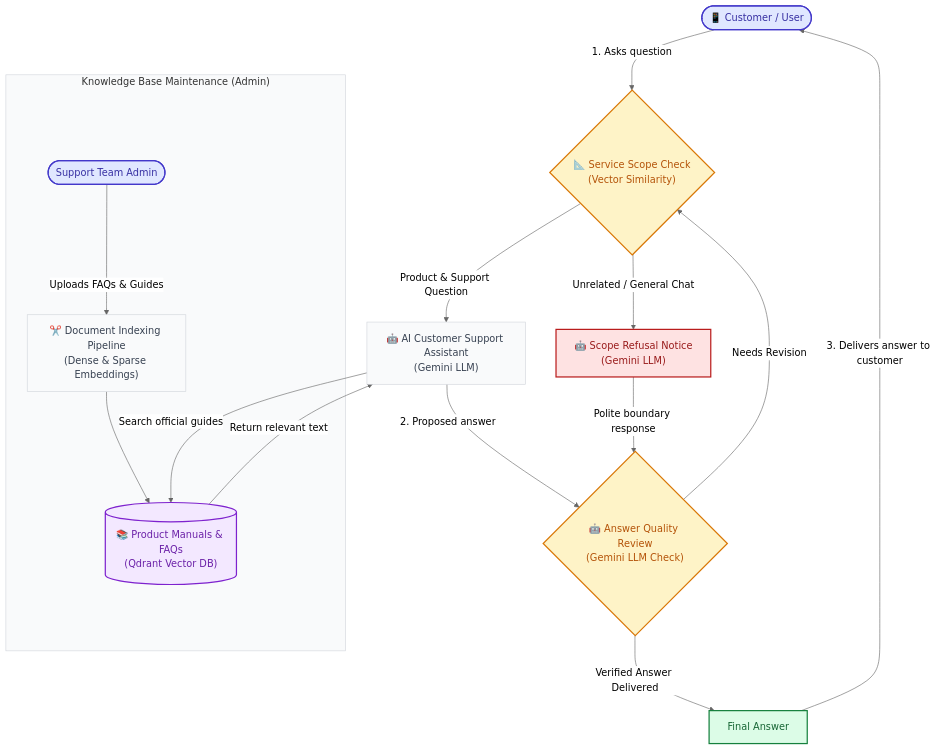
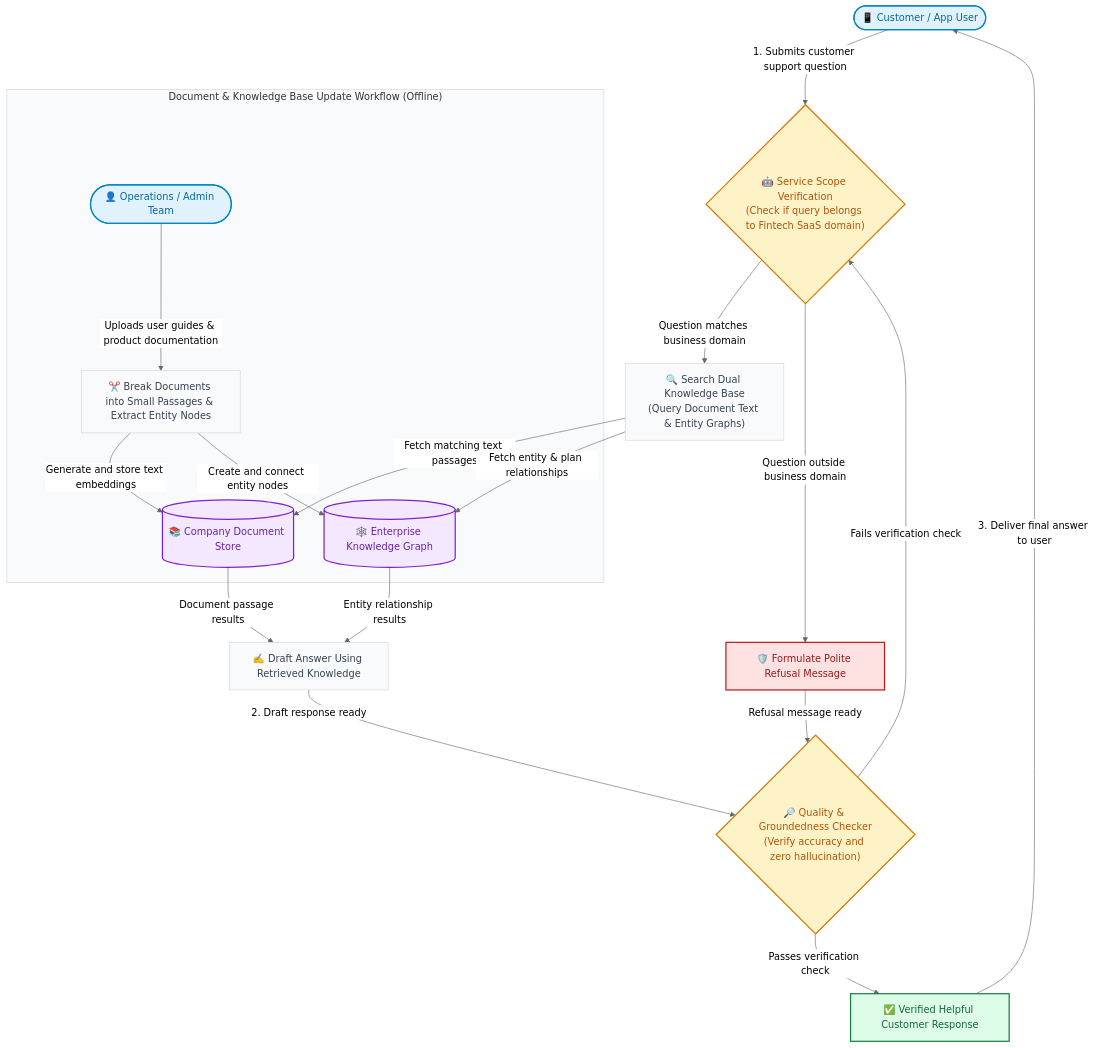
Before and after one commit to boycececil666gmailcom/Enterprise-RAG-Engine: the first of 3 diagrams in README.md, drawn with Mermaid (neutral theme). The commit also changed other lines of this file and 1 other file, not shown here.

Commit message:
docs: update README with GraphRAG architecture details and ignore project-specific video file

````diff
--- a/README.md
+++ b/README.md
@@ -11,40 +43,38 @@
 ```mermaid
 flowchart TD
     %% Styling Node classes
-    classDef client fill:#e0e7ff,stroke:#4338ca,stroke-width:2px,color:#3730a3;
+    classDef client fill:#e0f2fe,stroke:#0284c7,stroke-width:2px,color:#0369a1;
     classDef router fill:#fef3c7,stroke:#d97706,stroke-width:2px,color:#b45309;
     classDef kb fill:#f3e8ff,stroke:#7e22ce,stroke-width:2px,color:#6b21a8;
     classDef reply fill:#dcfce7,stroke:#15803d,stroke-width:2px,color:#166534;
     classDef block fill:#fee2e2,stroke:#b91c1c,stroke-width:2px,color:#991b1b;
     classDef process fill:#f9fafb,stroke:#d1d5db,stroke-width:1px,color:#374151;
+
+    Customer(["📱 Customer / App User"]):::client
     
-    %% Main customer interaction entry point
-    Client(["📱 Customer / User"]):::client
+    Customer -->|"1. Submits customer support question"| ScopeCheck{"🤖 Service Scope Verification<br/>(Check if query belongs to Fintech SaaS domain)"}:::router
     
-    Client -->|"1. Asks question"| ScopeCheck{"📐 Service Scope Check<br/>(Vector Similarity)"}:::router
+    ScopeCheck -->|"Question matches business domain"| SearchKnowledge["🔍 Search Dual Knowledge Base<br/>(Query Document Text & Entity Graphs)" ]:::process
+    ScopeCheck -->|"Question outside business domain"| ScopeRefusal["🛡️ Formulate Polite Refusal Message"]:::block
     
-    %% Classifier branches
-    ScopeCheck -->|"Product & Support Question"| SupportAI["🤖 AI Customer Support Assistant<br/>(Gemini LLM)" ]:::process
-    ScopeCheck -->|"Unrelated / General Chat"| OutOfScopeNotice["🤖 Scope Refusal Notice<br/>(Gemini LLM)"]:::block
+    SearchKnowledge -->|"Fetch matching text passages"| VectorDB[("📚 Company Document Store")]:::kb
+    SearchKnowledge -->|"Fetch entity & plan relationships"| GraphDB[("🕸️ Enterprise Knowledge Graph")]:::kb
     
-    %% Knowledge Base Retrieval
-    SupportAI -->|"Search official guides"| DB[("📚 Product Manuals & FAQs<br/>(Qdrant Vector DB)")]:::kb
-    DB -->|"Return relevant text"| SupportAI
+    VectorDB -->|"Document passage results"| SynthesizeAnswer["✍️ Draft Answer Using Retrieved Knowledge"]:::process
+    GraphDB -->|"Entity relationship results"| SynthesizeAnswer
     
-    %% Quality verification
-    SupportAI -->|"2. Proposed answer"| QualityCheck{"🤖 Answer Quality Review<br/>(Gemini LLM Check)"}:::router
-    OutOfScopeNotice -->|"Polite boundary response"| QualityCheck
+    SynthesizeAnswer -->|"2. Draft response ready"| QualityCheck{"🔎 Quality & Groundedness Checker<br/>(Verify accuracy and zero hallucination)"}:::router
+    ScopeRefusal -->|"Refusal message ready"| QualityCheck
     
-    %% Critique outcomes
-    QualityCheck -->|"Verified Answer Delivered"| VerifiedReply["Final Answer"]:::reply
-    QualityCheck -->|"Needs Revision"| ScopeCheck
+    QualityCheck -->|"Passes verification check"| FinalAnswer["✅ Verified Helpful Customer Response"]:::reply
+    QualityCheck -->|"Fails verification check"| ScopeCheck
     
-    VerifiedReply -->|"3. Delivers answer to customer"| Client
+    FinalAnswer -->|"3. Deliver final answer to user"| Customer
     
-    %% Ingestion background flow
-    subgraph Maintenance ["Knowledge Base Maintenance (Admin)"]
-        style Maintenance fill:#f9fafb,stroke:#d1d5db,stroke-width:1px;
-        Admin(["Support Team Admin"]):::client -->|"Uploads FAQs & Guides"| Indexer["✂️ Document Indexing Pipeline<br/>(Dense & Sparse Embeddings)"]:::process
-        Indexer --> DB
+    subgraph DocumentIngestion ["Document & Knowledge Base Update Workflow (Offline)"]
+        style DocumentIngestion fill:#f9fafb,stroke:#d1d5db,stroke-width:1px;
+        OpsAdmin(["👤 Operations / Admin Team"]):::client -->|"Uploads user guides & product documentation"| DocumentProcessor["✂️ Break Documents into Small Passages & Extract Entity Nodes"]:::process
+        DocumentProcessor -->|"Generate and store text embeddings"| VectorDB
+        DocumentProcessor -->|"Create and connect entity nodes"| GraphDB
     end
 ```
````
